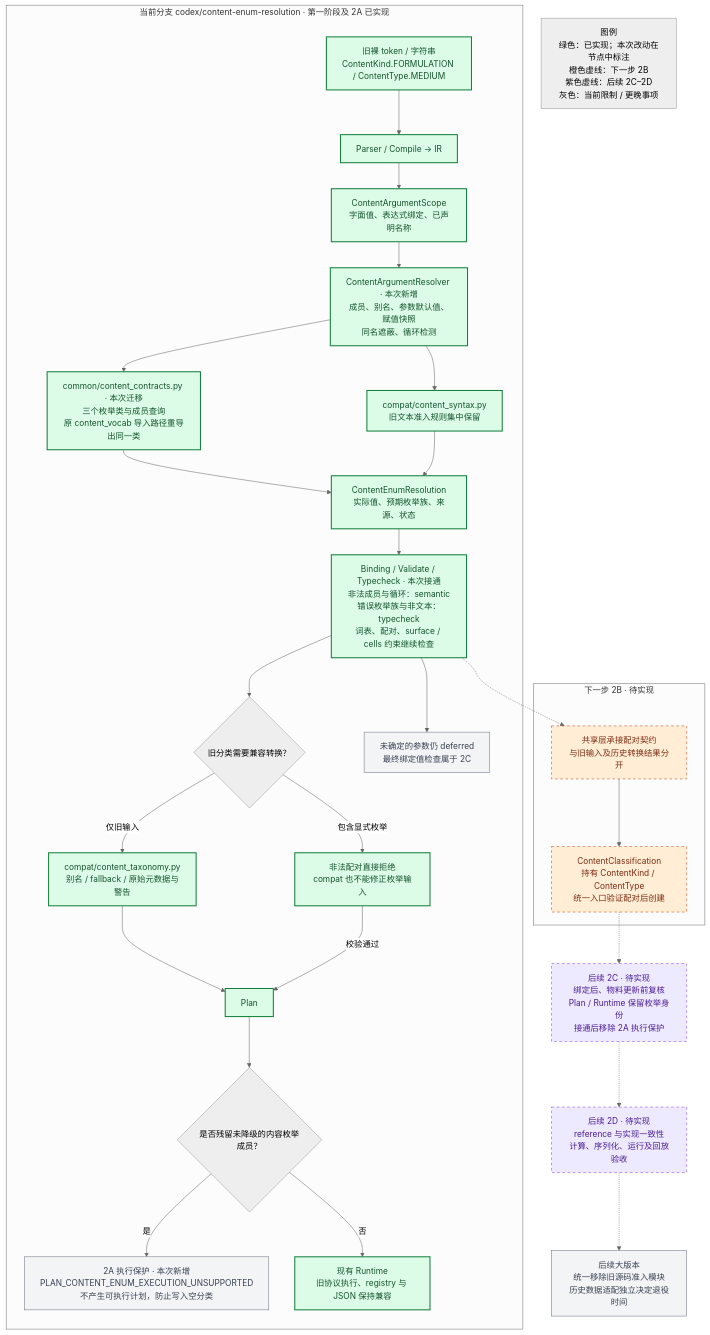
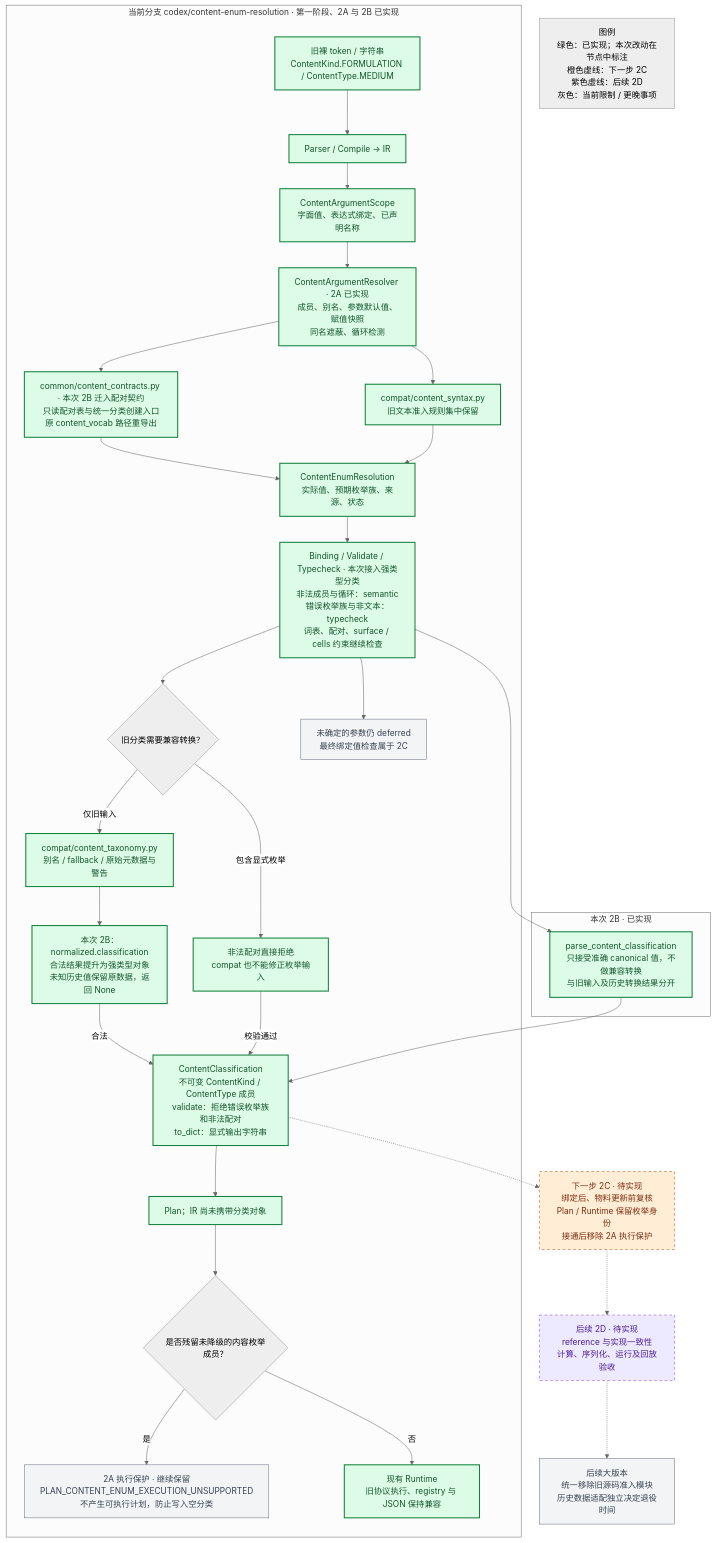
One commit to culsma/culsma changed the first of 3 diagrams in docs/architecture/pipeline/validate_module_diagrams.md. Above: the diagram before and after it, drawn with Mermaid (neutral theme). The commit also changed other lines of this file and 8 other files, not shown here.

Commit message:
feat: enforce validated content classification in shared contracts

````diff
--- a/docs/architecture/pipeline/validate_module_diagrams.md
+++ b/docs/architecture/pipeline/validate_module_diagrams.md
@@ -5,41 +5,44 @@
 ```mermaid
 flowchart TB
-    subgraph Current["当前分支 codex/content-enum-resolution · 第一阶段及 2A 已实现"]
+    subgraph Current["当前分支 codex/content-enum-resolution · 第一阶段、2A 与 2B 已实现"]
         Source["旧裸 token / 字符串<br/>ContentKind.FORMULATION / ContentType.MEDIUM"] --> Compile["Parser / Compile → IR"]
         Compile --> Scope["ContentArgumentScope<br/>字面值、表达式绑定、已声明名称"]
-        Scope --> Resolver["ContentArgumentResolver · 本次新增<br/>成员、别名、参数默认值、赋值快照<br/>同名遮蔽、循环检测"]
-        Resolver --> Shared["common/content_contracts.py · 本次迁移<br/>三个枚举类与成员查询<br/>原 content_vocab 导入路径重导出同一类"]
+        Scope --> Resolver["ContentArgumentResolver · 2A 已实现<br/>成员、别名、参数默认值、赋值快照<br/>同名遮蔽、循环检测"]
+        Resolver --> Shared["common/content_contracts.py · 本次 2B 迁入配对契约<br/>只读配对表与统一分类创建入口<br/>原 content_vocab 路径重导出"]
         Resolver --> Legacy["compat/content_syntax.py<br/>旧文本准入规则集中保留"]
         Shared --> Result["ContentEnumResolution<br/>实际值、预期枚举族、来源、状态"]
         Legacy --> Result
-        Result --> Check["Binding / Validate / Typecheck · 本次接通<br/>非法成员与循环：semantic<br/>错误枚举族与非文本：typecheck<br/>词表、配对、surface / cells 约束继续检查"]
+        Result --> Check["Binding / Validate / Typecheck · 本次接入强类型分类<br/>非法成员与循环：semantic<br/>错误枚举族与非文本：typecheck<br/>词表、配对、surface / cells 约束继续检查"]
         Check --> Pair{"旧分类需要兼容转换？"}
         Pair -->|仅旧输入| Normalize["compat/content_taxonomy.py<br/>别名 / fallback / 原始元数据与警告"]
         Pair -->|包含显式枚举| Exact["非法配对直接拒绝<br/>compat 也不能修正枚举输入"]
-        Normalize --> Plan["Plan"]
-        Exact -->|校验通过| Plan
+        Normalize --> Promotion["本次 2B：normalized.classification<br/>合法结果提升为强类型对象<br/>未知历史值保留原数据，返回 None"]
+        Promotion -->|合法| Classification
+        Exact -->|校验通过| Classification
+        Classification --> Plan["Plan；IR 尚未携带分类对象"]
         Plan --> Guard{"是否残留未降级的内容枚举成员？"}
-        Guard -->|是| Stop["2A 执行保护 · 本次新增<br/>PLAN_CONTENT_ENUM_EXECUTION_UNSUPPORTED<br/>不产生可执行计划，防止写入空分类"]
+        Guard -->|是| Stop["2A 执行保护 · 继续保留<br/>PLAN_CONTENT_ENUM_EXECUTION_UNSUPPORTED<br/>不产生可执行计划，防止写入空分类"]
         Guard -->|否| Runtime["现有 Runtime<br/>旧协议执行、registry 与 JSON 保持兼容"]
         Check --> Deferred["未确定的参数仍 deferred<br/>最终绑定值检查属于 2C"]
     end
 
-    subgraph Next["下一步 2B · 待实现"]
-        Classification["ContentClassification<br/>持有 ContentKind / ContentType<br/>统一入口验证配对后创建"]
-        PairContract["共享层承接配对契约<br/>与旧输入及历史转换结果分开"]
+    subgraph ClassificationContract["本次 2B · 已实现"]
+        Classification["ContentClassification<br/>不可变 ContentKind / ContentType 成员<br/>validate：拒绝错误枚举族和非法配对<br/>to_dict：显式输出字符串"]
+        PairContract["parse_content_classification<br/>只接受准确 canonical 值，不做兼容转换<br/>与旧输入及历史转换结果分开"]
         PairContract --> Classification
     end
-    Check -.-> PairContract
-    Classification -.-> Boundary["后续 2C · 待实现<br/>绑定后、物料更新前复核<br/>Plan / Runtime 保留枚举身份<br/>接通后移除 2A 执行保护"]
+    Check --> PairContract
+    Classification -.-> Boundary["下一步 2C · 待实现<br/>绑定后、物料更新前复核<br/>Plan / Runtime 保留枚举身份<br/>接通后移除 2A 执行保护"]
     Boundary -.-> Conformance["后续 2D · 待实现<br/>reference 与实现一致性<br/>计算、序列化、运行及回放验收"]
     Conformance -.-> Retirement["后续大版本<br/>统一移除旧源码准入模块<br/>历史数据适配独立决定退役时间"]
-    Legend["图例<br/>绿色：已实现；本次改动在节点中标注<br/>橙色虚线：下一步 2B<br/>紫色虚线：后续 2C–2D<br/>灰色：当前限制 / 更晚事项"]
+    Legend["图例<br/>绿色：已实现；本次改动在节点中标注<br/>橙色虚线：下一步 2C<br/>紫色虚线：后续 2D<br/>灰色：当前限制 / 更晚事项"]
     classDef current fill:#dcfce7,stroke:#15803d,color:#14532d,stroke-width:2px;
     classDef next fill:#ffedd5,stroke:#c2410c,color:#7c2d12,stroke-dasharray:5 5;
     classDef later fill:#ede9fe,stroke:#7c3aed,color:#4c1d95,stroke-dasharray:5 5;
     classDef limit fill:#f3f4f6,stroke:#6b7280,color:#374151;
     class Source,Compile,Scope,Resolver,Shared,Legacy,Result,Check,Normalize,Exact,Plan,Runtime current;
-    class Classification,PairContract next;
-    class Boundary,Conformance later;
+    class Classification,PairContract,Promotion current;
+    class Boundary next;
+    class Conformance later;
     class Stop,Deferred,Retirement limit;
 ```
````
